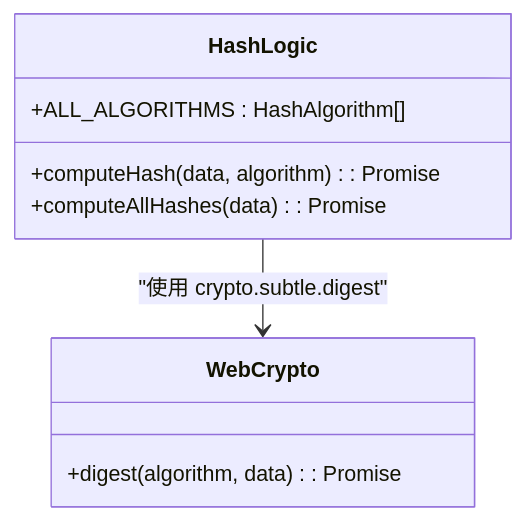
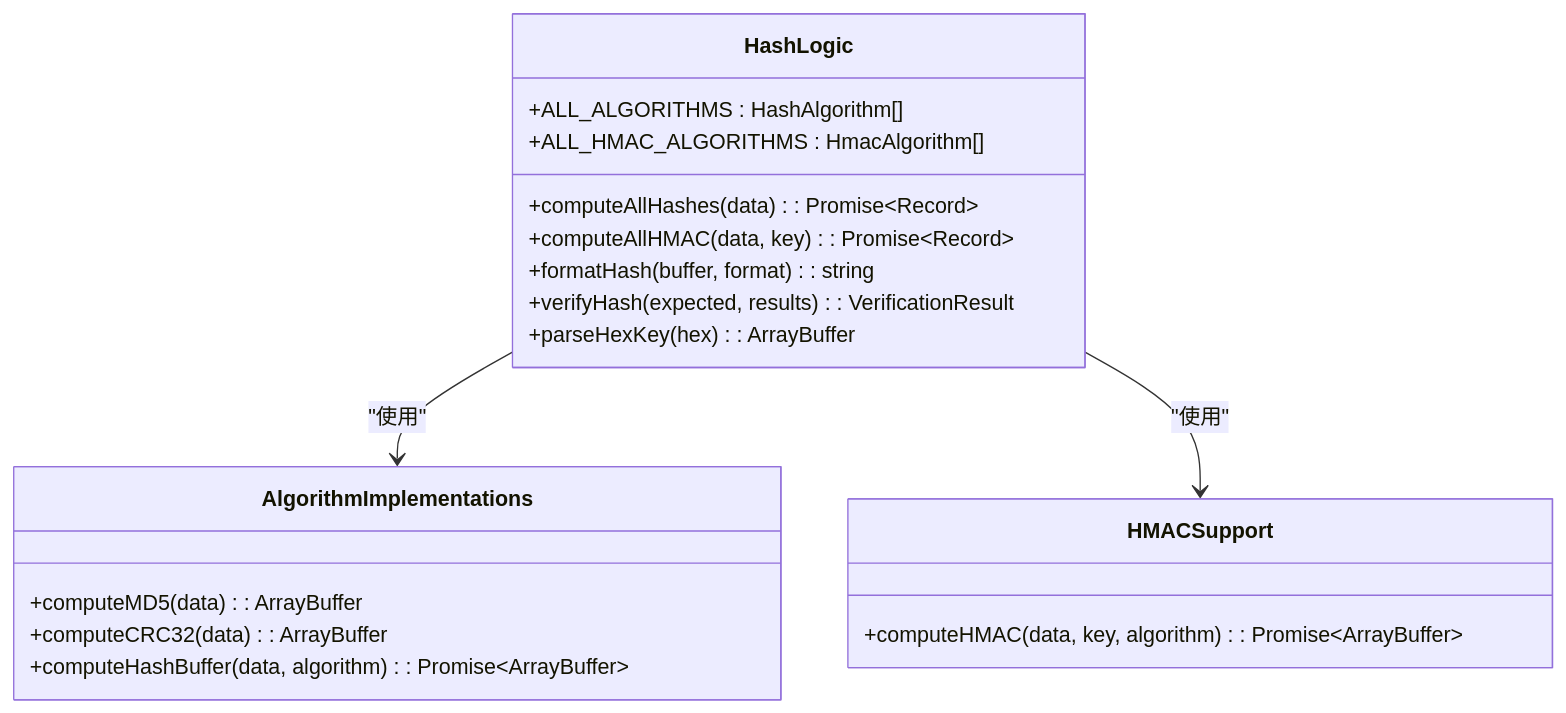
Before and after one commit to sgyy/privadeck: the fourth of 9 diagrams in .qoder/repowiki/zh/content/开发者工具/哈希生成工具.md, drawn with Mermaid. The commit also changed other lines of this file and 4 other files, not shown here.

````diff
--- a/.qoder/repowiki/zh/content/开发者工具/哈希生成工具.md
+++ b/.qoder/repowiki/zh/content/开发者工具/哈希生成工具.md
@@ -165,12 +220,22 @@
 ```mermaid
 classDiagram
 class HashLogic {
 +ALL_ALGORITHMS : HashAlgorithm[]
-+computeHash(data, algorithm) : Promise<string>
-+computeAllHashes(data) : Promise<Record>
++ALL_HMAC_ALGORITHMS : HmacAlgorithm[]
++computeAllHashes(data) : Promise~Record~
++computeAllHMAC(data, key) : Promise~Record~
++formatHash(buffer, format) : string
++verifyHash(expected, results) : VerificationResult
++parseHexKey(hex) : ArrayBuffer
 }
-class WebCrypto {
-+digest(algorithm, data) : Promise<ArrayBuffer>
+class AlgorithmImplementations {
++computeMD5(data) : ArrayBuffer
++computeCRC32(data) : ArrayBuffer
++computeHashBuffer(data, algorithm) : Promise~ArrayBuffer~
 }
-HashLogic --> WebCrypto : "使用 crypto.subtle.digest"
+class HMACSupport {
++computeHMAC(data, key, algorithm) : Promise~ArrayBuffer~
+}
+HashLogic --> AlgorithmImplementations : "使用"
+HashLogic --> HMACSupport : "使用"
 ```
````
